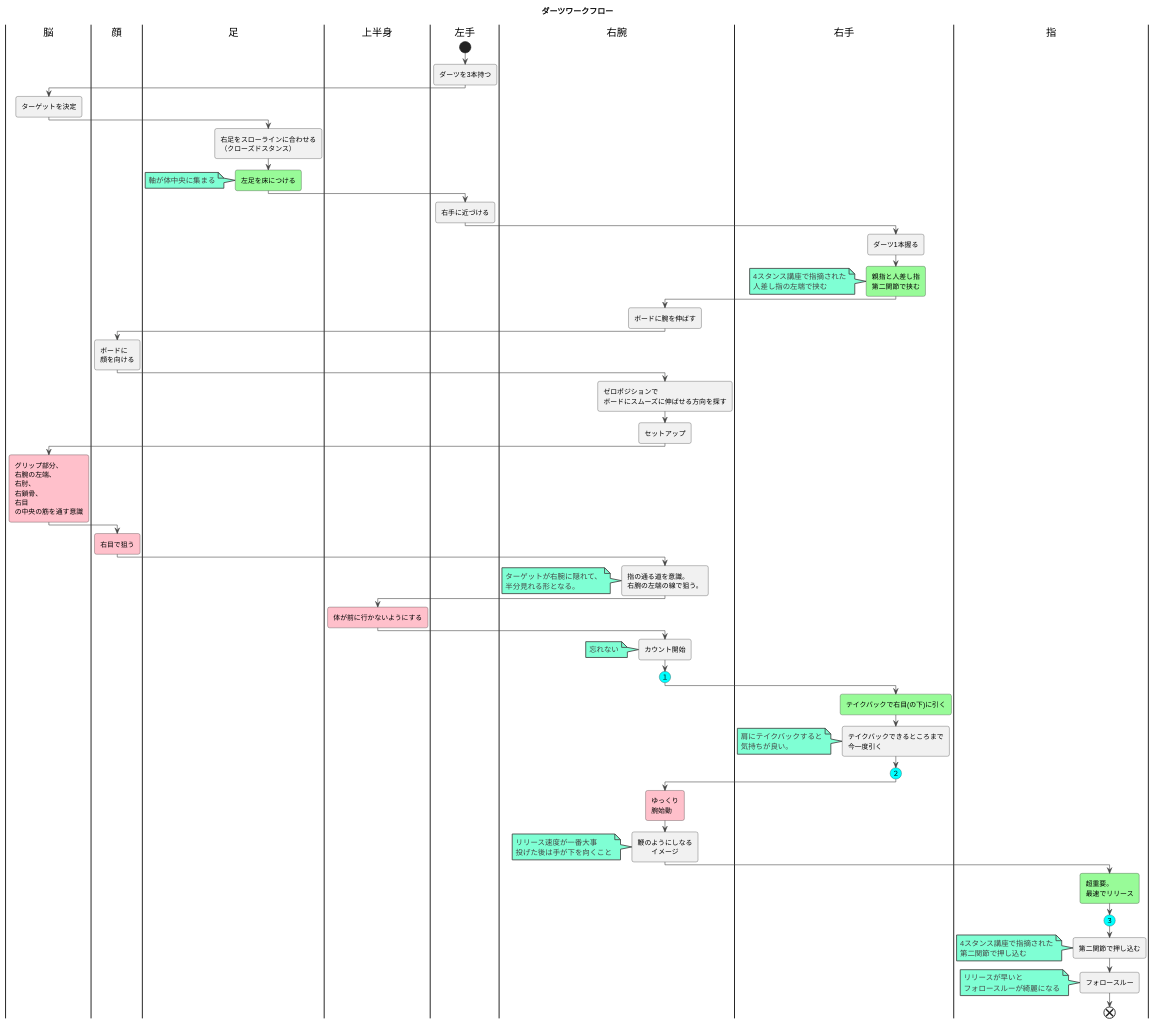
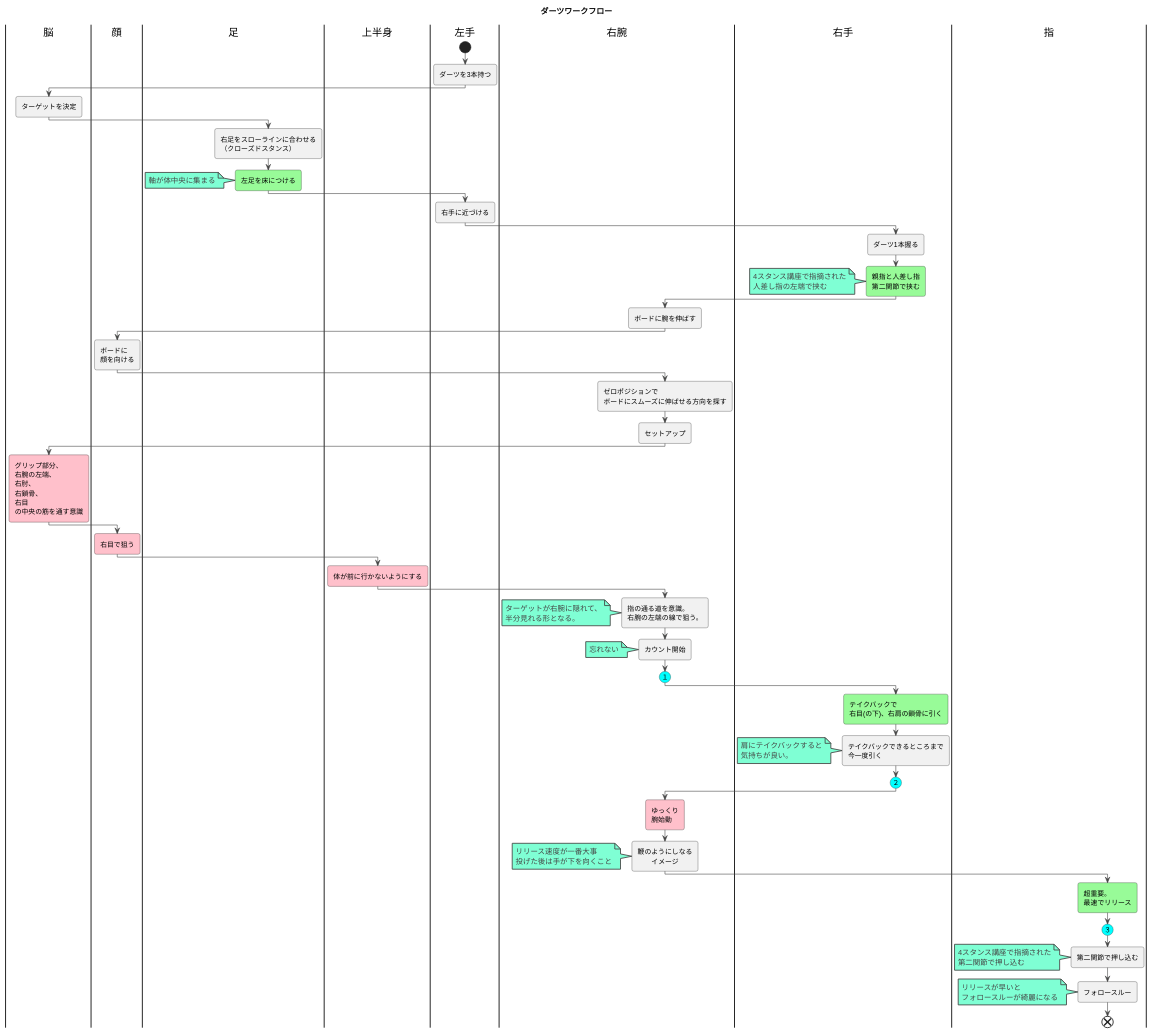
One commit to darts-cloud/dartsFlow changed the diagram in dartsFlow.plantuml. Above: the diagram before and after it, drawn with PlantUML.

```diff
--- a/dartsFlow.plantuml
+++ b/dartsFlow.plantuml
@@ -1,139 +1,141 @@
 @startuml
 title ダーツワークフロー
 
 
 
 !theme vibrant
 
 |脳|
 |顔|
 |足|
 |上半身|
 |左手|
 |右腕|
 |左手|
 start
 :ダーツを3本持つ;
 |脳|
 :ターゲットを決定;
 |足|
 :右足をスローラインに合わせる
 （クローズドスタンス）;
 #palegreen:左足を床につける;
 note
   軸が体中央に集まる
 end note
 /'
 ################
 ##pink:左足を右足よりも
 #後ろに下げる;
 ################
 '/
 
 |左手|
 :右手に近づける;
 |右手|
 :ダーツ1本握る;
 #palegreen:親指と人差し指
 第二関節で挟む;
 note
   4スタンス講座で指摘された
   人差し指の左端で挟む
 end note
 
 |右腕|
 :ボードに腕を伸ばす;
 
 |顔|
 :ボードに
 顔を向ける;
 |右腕|
 :ゼロポジションで
 ボードにスムーズに伸ばせる方向を探す;
 :セットアップ;
 |脳|
 #pink:グリップ部分、
 右腕の左端、
 右肘、
 右鎖骨、
 右目
 の中央の筋を通す意識;
 |顔|
 #pink:右目で狙う;
+
+|上半身|
+#pink:体が前に行かないようにする;
+
 |右腕|
 :指の通る道を意識。
 右腕の左端の線で狙う。;
 note
 ターゲットが右腕に隠れて、
 半分見れる形となる。
 end note
-
-|上半身|
-#pink:体が前に行かないようにする;
 
 |右腕|
 :カウント開始;
 
 note
     忘れない
 end note
 
 
 #Aqua:(１)
 
 |右手|
 
-#palegreen:テイクバックで右目(の下)に引く;
+#palegreen:テイクバックで
+右目(の下)、右肩の鎖骨に引く;
 
 :テイクバックできるところまで
 今一度引く;
 
 note
     肩にテイクバックすると
     気持ちが良い。
 end note
 
 #Aqua:(２)
 
 /'
 #pink:肘固定意識;
 note
     固定が甘い
     →飛ばない
 end note
-#pink:肘の裏側意識;
+#pink:肘の裏側が意識;
 note
     指の道が
     肘の左側
 end note
 '/
 
 |右腕|
 #pink:ゆっくり
 腕始動;
 :鞭のようにしなる
 　　イメージ;
 note
   リリース速度が一番大事
   投げた後は手が下を向くこと
 end note
 |指|
 #palegreen:超重要。
 最速でリリース;
 
 #Aqua:(３)
 
 :第二関節で押し込む;
 note
   4スタンス講座で指摘された
   第二関節で押し込む
 end note
 
 :フォロースルー;
 note
   リリースが早いと
   フォロースルーが綺麗になる
 end note
 
 end
 @enduml
```
